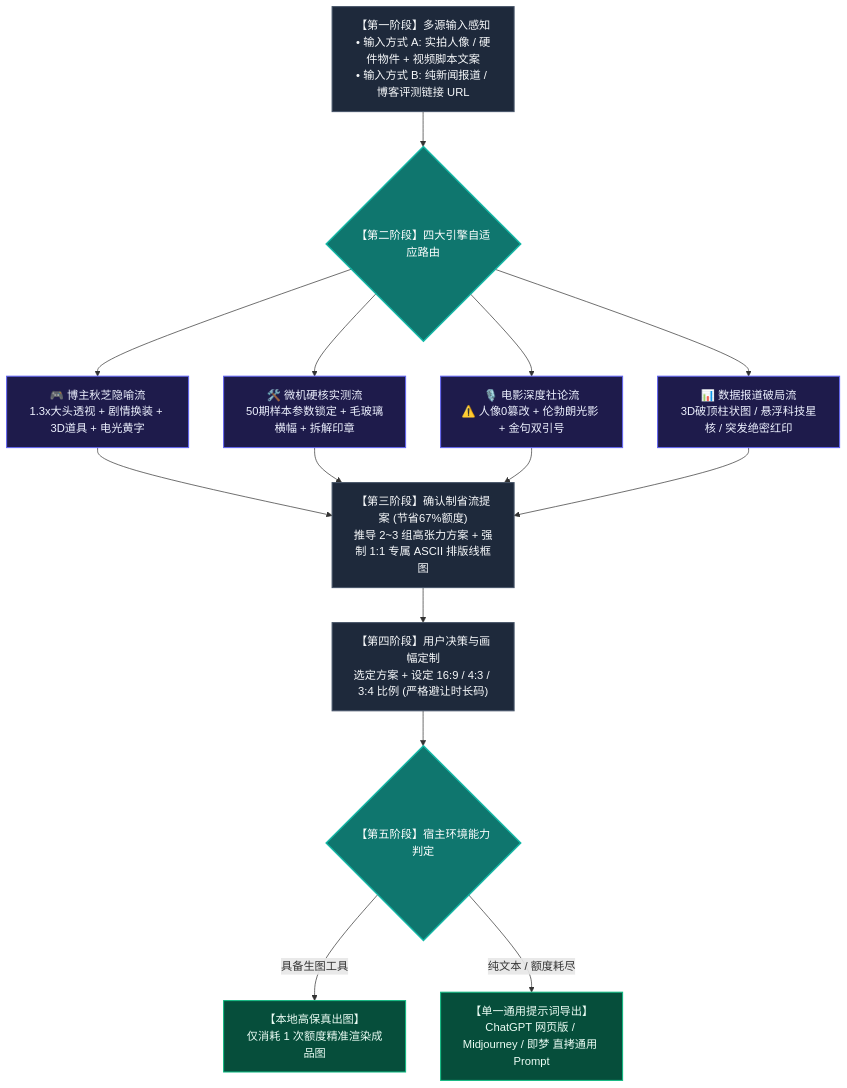
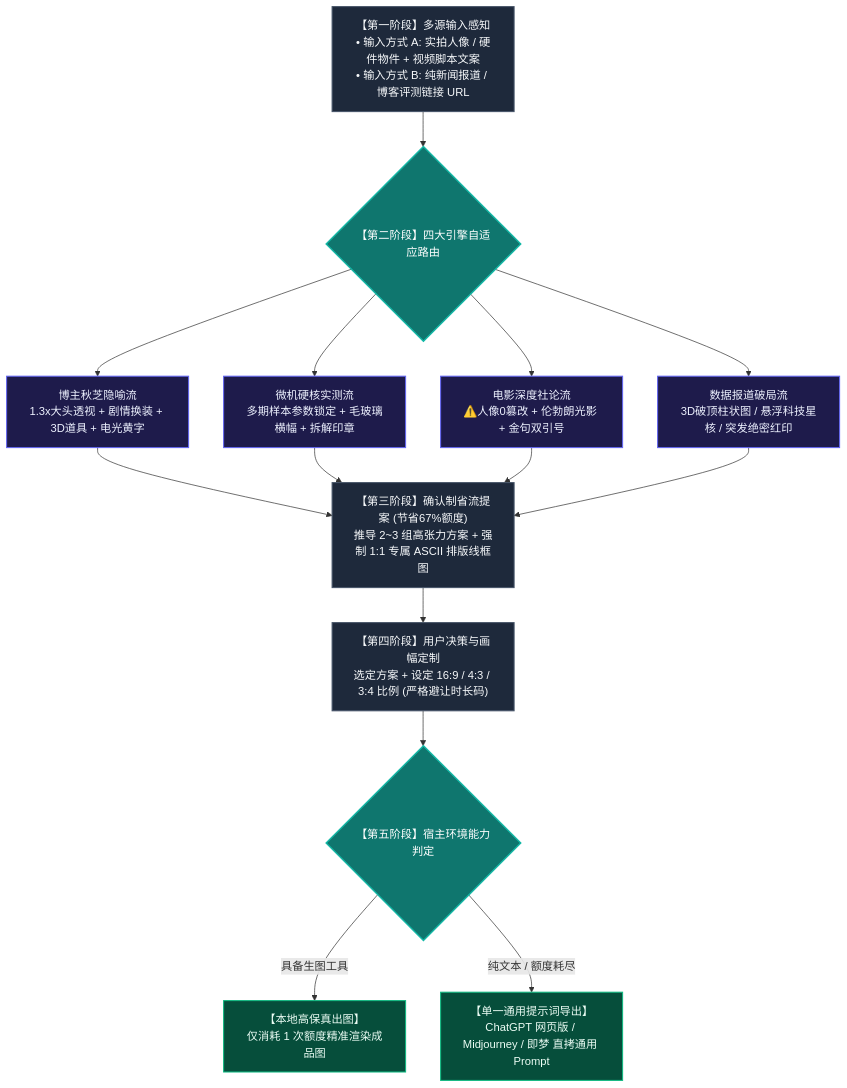
Before and after one commit to XuBeiYou408/video-cover-designer: the diagram in README.md, drawn with Mermaid.

````diff
--- a/README.md
+++ b/README.md
@@ -9,31 +9,31 @@
 ```mermaid
 flowchart TD
     A["【第一阶段】多源输入感知<br>• 输入方式 A: 实拍人像 / 硬件物件 + 视频脚本文案<br>• 输入方式 B: 纯新闻报道 / 博客评测链接 URL"]
     --> B{"【第二阶段】四大引擎自适应路由"}
 
-    B --> C1["🎮 博主秋芝隐喻流<br>1.3x大头透视 + 剧情换装 + 3D道具 + 电光黄字"]
-    B --> C2["🛠️ 微机硬核实测流<br>50期样本参数锁定 + 毛玻璃横幅 + 拆解印章"]
-    B --> C3["🎙️ 电影深度社论流<br>⚠️ 人像0篡改 + 伦勃朗光影 + 金句双引号"]
-    B --> C4["📊 数据报道破局流<br>3D破顶柱状图 / 悬浮科技星核 / 突发绝密红印"]
+    B --> C1[" 博主秋芝隐喻流<br>1.3x大头透视 + 剧情换装 + 3D道具 + 电光黄字"]
+    B --> C2[" 微机硬核实测流<br>多期样本参数锁定 + 毛玻璃横幅 + 拆解印章"]
+    B --> C3[" 电影深度社论流<br>⚠️人像0篡改 + 伦勃朗光影 + 金句双引号"]
+    B --> C4[" 数据报道破局流<br>3D破顶柱状图 / 悬浮科技星核 / 突发绝密红印"]
 
     C1 --> D["【第三阶段】确认制省流提案 (节省67%额度)<br>推导 2~3 组高张力方案 + 强制 1:1 专属 ASCII 排版线框图"]
     C2 --> D
     C3 --> D
     C4 --> D
 
     D --> E["【第四阶段】用户决策与画幅定制<br>选定方案 + 设定 16:9 / 4:3 / 3:4 比例 (严格避让时长码)"]
 
     E --> F{"【第五阶段】宿主环境能力判定"}
     F -->|具备生图工具| G["【本地高保真出图】<br>仅消耗 1 次额度精准渲染成品图"]
     F -->|纯文本 / 额度耗尽| H["【单一通用提示词导出】<br>ChatGPT 网页版 / Midjourney / 即梦 直拷通用 Prompt"]
 
     classDef stage fill:#1E293B,stroke:#475569,color:#F8FAFC,stroke-width:1.5px;
     classDef decision fill:#0F766E,stroke:#14B8A6,color:#FFFFFF,stroke-width:2px;
     classDef engine fill:#1E1B4B,stroke:#6366F1,color:#EEF2FF,stroke-width:1.5px;
     classDef output fill:#064E3B,stroke:#10B981,color:#ECFDF5,stroke-width:1.5px;
 
     class A,D,E stage;
     class B,F decision;
     class C1,C2,C3,C4 engine;
     class G,H output;
 ```
````
